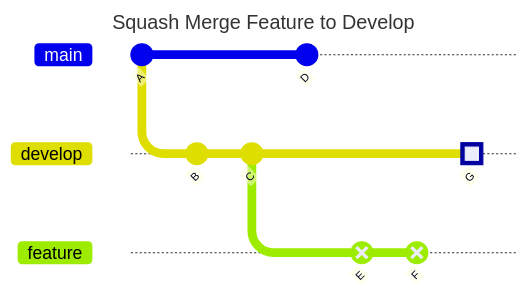
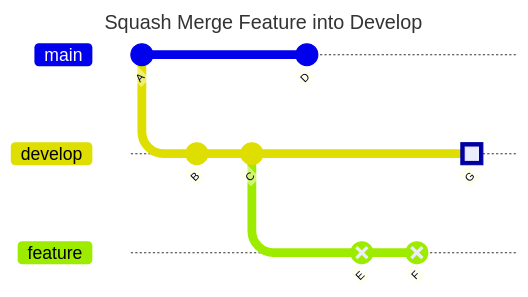
Before and after one commit to robertwalker/DemoSandbox: diagram 12 of 19 in demos/IntermediateGit.md, drawn with Mermaid. The commit also changed other lines of this file, not shown here.

````diff
--- a/demos/IntermediateGit.md
+++ b/demos/IntermediateGit.md
@@ -267,22 +269,22 @@
 ```mermaid
 ---
-title: Squash Merge Feature to Develop
+title: Squash Merge Feature into Develop
 config:
   theme: default
 mainBranchName: main
 ---
 gitGraph:
     commit id: "A"
     branch develop
     checkout develop
     commit id: "B"
     commit id: "C"
     checkout main
     commit id: "D"
     checkout develop
     branch feature
     commit id: "E" type: REVERSE
     commit id: "F" type: REVERSE
     checkout develop
     commit id: "G" type: HIGHLIGHT
 ```
````
